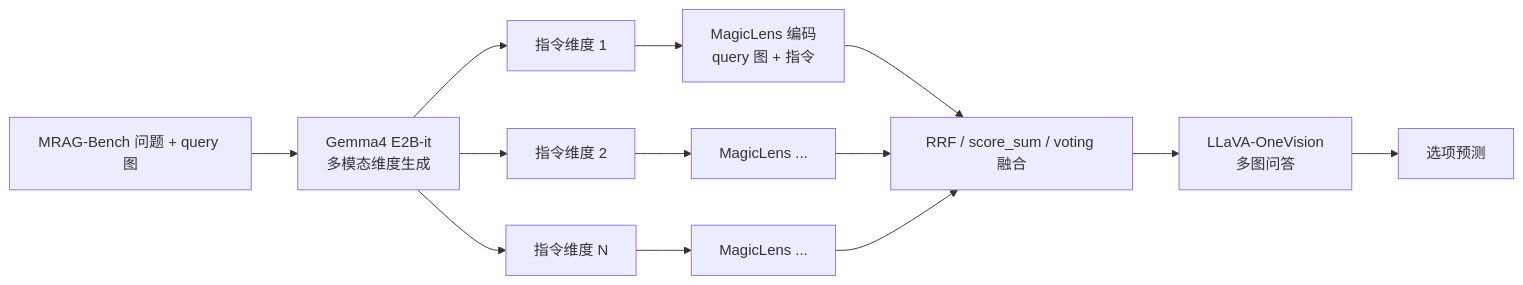
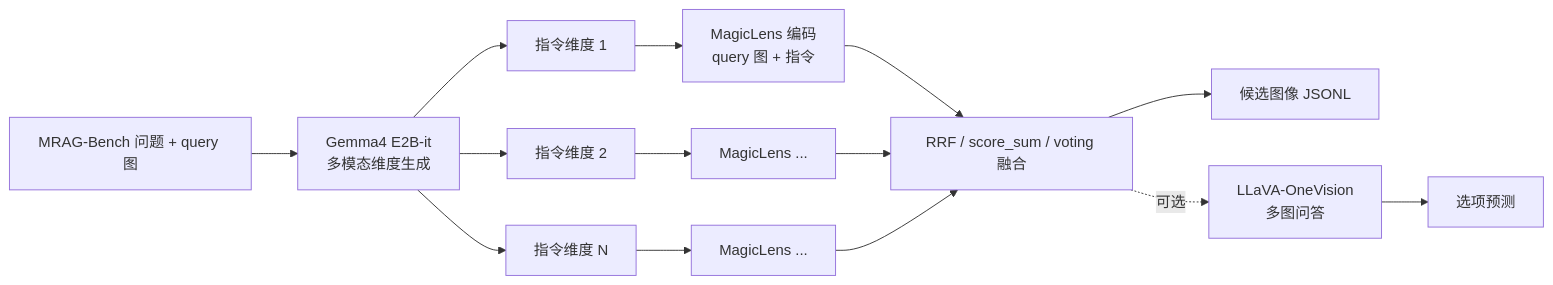
The diagram in doc/GEMMA4_MULTI_DIM_PIPELINE.md (AWSzyAI/mRAG), drawn with Mermaid before and after one commit. The commit also changed other lines of this file and 62 other files, not shown here.

````diff
--- a/doc/GEMMA4_MULTI_DIM_PIPELINE.md
+++ b/doc/GEMMA4_MULTI_DIM_PIPELINE.md
@@ -7,15 +7,16 @@
 ```mermaid
 flowchart LR
   Q[MRAG-Bench 问题 + query 图] --> G[Gemma4 E2B-it\n多模态维度生成]
   G --> D1[指令维度 1]
   G --> D2[指令维度 2]
   G --> D3[指令维度 N]
   D1 --> M1[MagicLens 编码\nquery 图 + 指令]
   D2 --> M2[MagicLens ...]
   D3 --> M3[MagicLens ...]
   M1 --> F[RRF / score_sum / voting 融合]
   M2 --> F
   M3 --> F
-  F --> L[LLaVA-OneVision\n多图问答]
+  F --> C[候选图像 JSONL]
+  F -. 可选 .-> L[LLaVA-OneVision\n多图问答]
   L --> A[选项预测]
 ```
````
